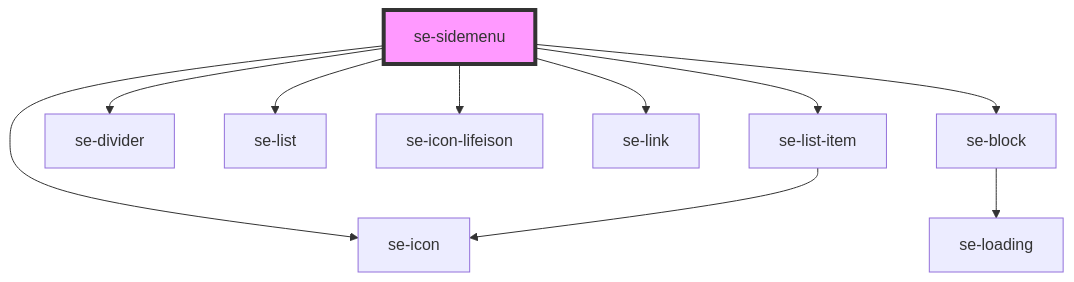
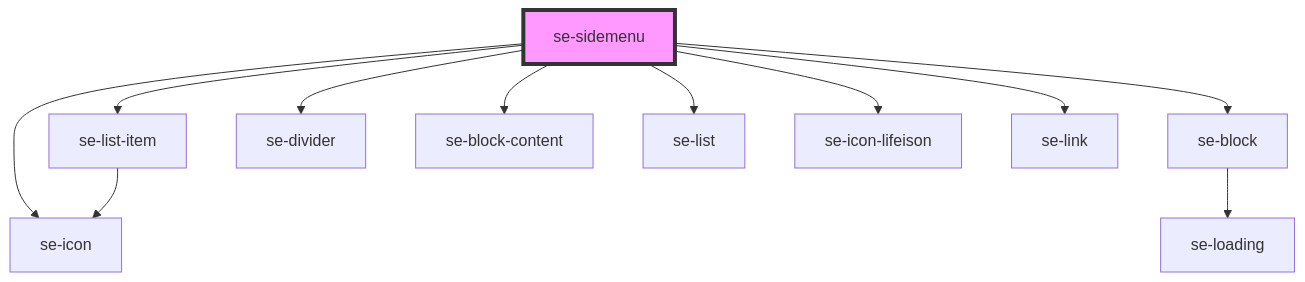
One commit to robbiemcmullense/se-web-ui changed the diagram in src-core/src/components/sidemenu/readme.md. Above: the diagram before and after it, drawn with Mermaid. The commit also changed other lines of this file and 1 other file, not shown here.

Commit message:
update readme files

````diff
--- a/src-core/src/components/sidemenu/readme.md
+++ b/src-core/src/components/sidemenu/readme.md
@@ -41,13 +42,14 @@
 ```mermaid
 graph TD;
   se-sidemenu --> se-list-item
+  se-sidemenu --> se-block
   se-sidemenu --> se-icon
   se-sidemenu --> se-divider
+  se-sidemenu --> se-block-content
   se-sidemenu --> se-list
   se-sidemenu --> se-icon-lifeison
   se-sidemenu --> se-link
-  se-sidemenu --> se-block
   se-list-item --> se-icon
   se-block --> se-loading
   style se-sidemenu fill:#f9f,stroke:#333,stroke-width:4px
 ```
````
